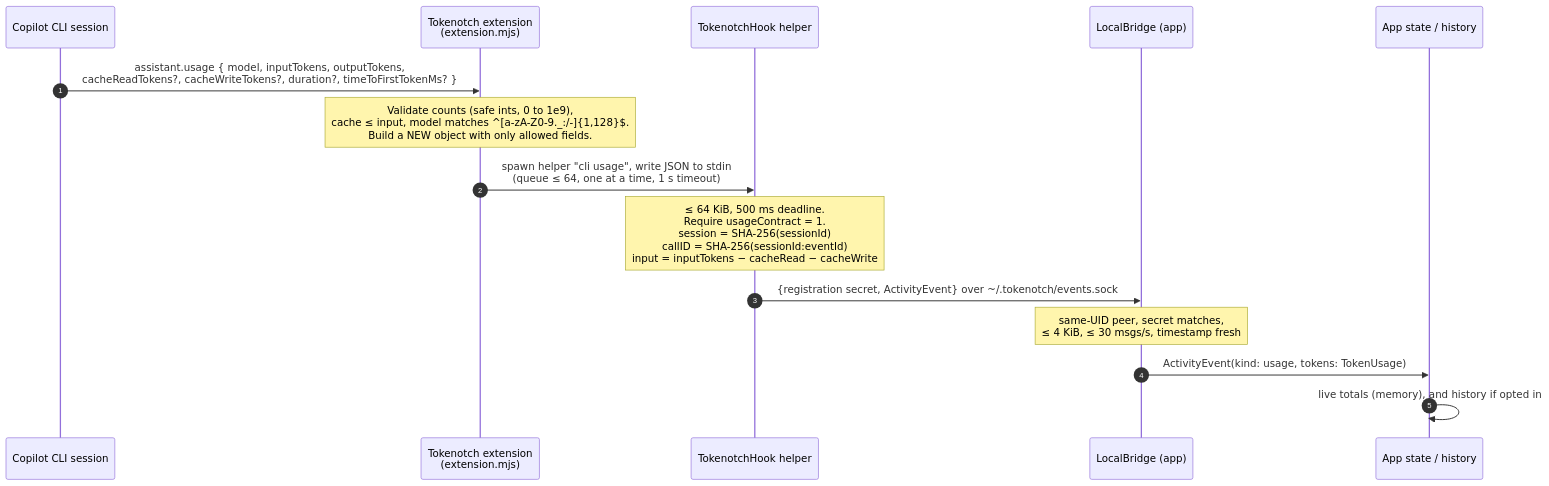
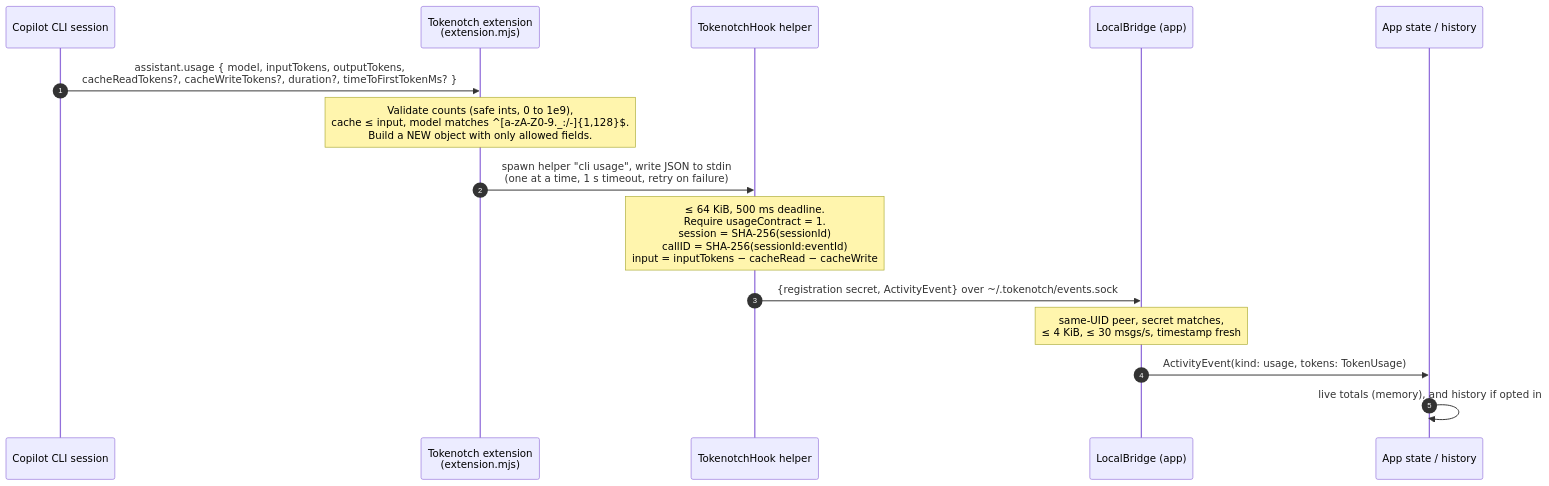
One commit to rottathiago/tokenotch changed the third of 7 diagrams in docs/architecture.md. Above: the diagram before and after it, drawn with Mermaid. The commit also changed other lines of this file and 142 other files, not shown here.

````diff
--- a/docs/architecture.md
+++ b/docs/architecture.md
@@ -155,18 +155,18 @@
 ```mermaid
 sequenceDiagram
     autonumber
     participant CLI as Copilot CLI session
     participant EXT as Tokenotch extension<br/>(extension.mjs)
     participant HOOK as TokenotchHook helper
     participant BR as LocalBridge (app)
     participant APP as App state / history
 
     CLI->>EXT: assistant.usage { model, inputTokens, outputTokens,<br/>cacheReadTokens?, cacheWriteTokens?, duration?, timeToFirstTokenMs? }
     Note over EXT: Validate counts (safe ints, 0 to 1e9),<br/>cache ≤ input, model matches ^[a-zA-Z0-9._:/-]{1,128}$.<br/>Build a NEW object with only allowed fields.
-    EXT->>HOOK: spawn helper "cli usage", write JSON to stdin<br/>(queue ≤ 64, one at a time, 1 s timeout)
+    EXT->>HOOK: spawn helper "cli usage", write JSON to stdin<br/>(one at a time, 1 s timeout, retry on failure)
     Note over HOOK: ≤ 64 KiB, 500 ms deadline.<br/>Require usageContract = 1.<br/>session = SHA-256(sessionId)<br/>callID = SHA-256(sessionId:eventId)<br/>input = inputTokens − cacheRead − cacheWrite
     HOOK->>BR: {registration secret, ActivityEvent} over ~/.tokenotch/events.sock
     Note over BR: same-UID peer, secret matches,<br/>≤ 4 KiB, ≤ 30 msgs/s, timestamp fresh
     BR->>APP: ActivityEvent(kind: usage, tokens: TokenUsage)
     APP->>APP: live totals (memory), and history if opted in
 ```
````
